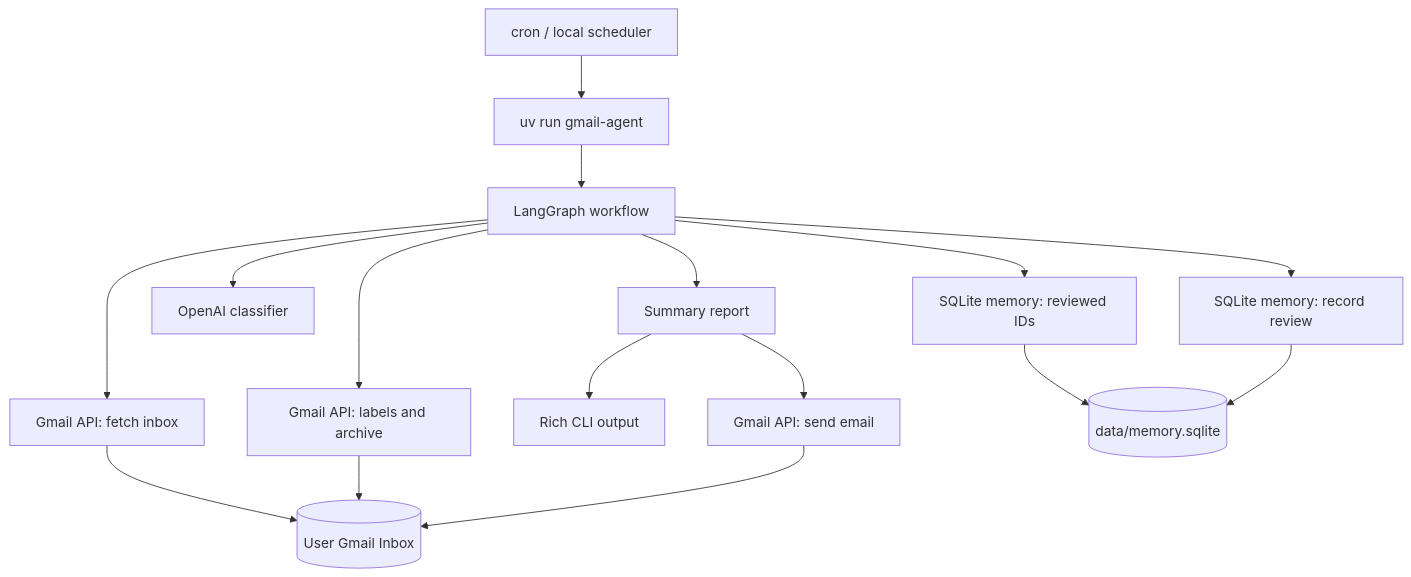
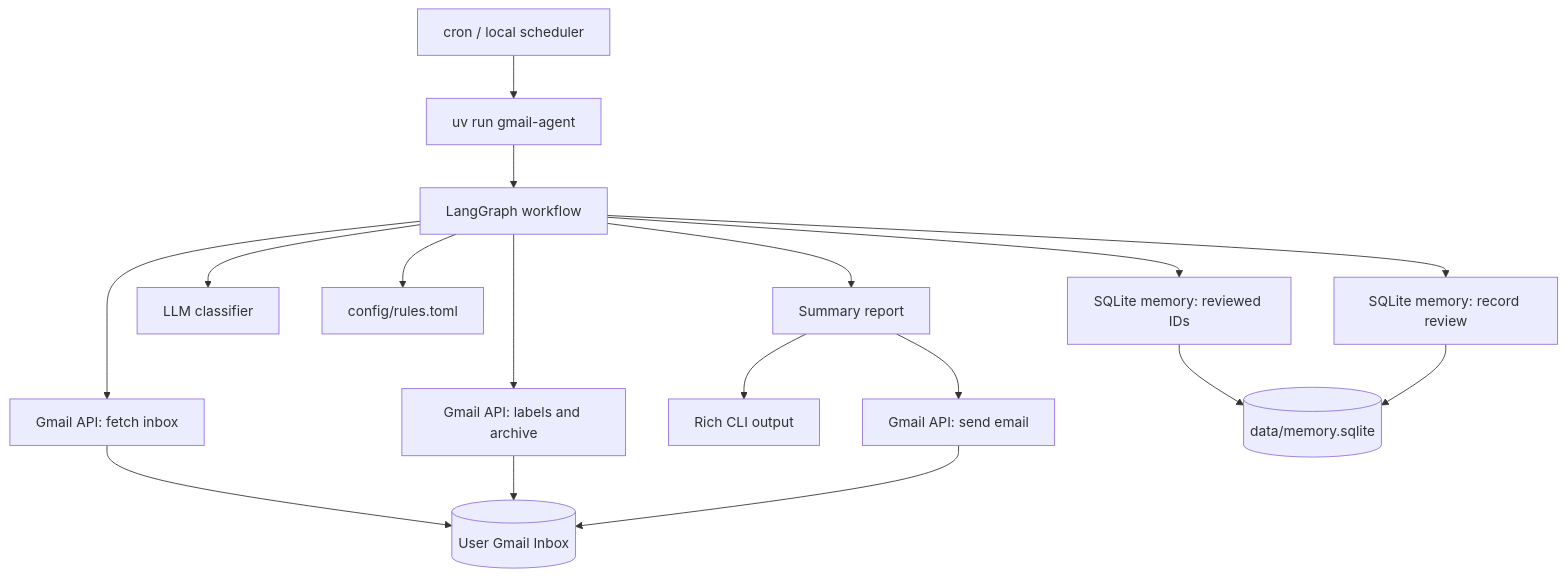
One commit to brandocomando/my_agentic_team changed the first of 5 diagrams in gmail-inbox-agent/docs/Architecture.md. Above: the diagram before and after it, drawn with Mermaid. The commit also changed other lines of this file and 23 other files, not shown here.

````diff
--- a/gmail-inbox-agent/docs/Architecture.md
+++ b/gmail-inbox-agent/docs/Architecture.md
@@ -9,19 +9,20 @@
 ```mermaid
 flowchart TD
     Cron["cron / local scheduler"] --> CLI["uv run gmail-agent"]
     CLI --> Graph["LangGraph workflow"]
     Graph --> GmailFetch["Gmail API: fetch inbox"]
     Graph --> MemoryRead["SQLite memory: reviewed IDs"]
-    Graph --> Classifier["OpenAI classifier"]
+    Graph --> Classifier["LLM classifier"]
+    Graph --> Rules["config/rules.toml"]
     Graph --> GmailActions["Gmail API: labels and archive"]
     Graph --> MemoryWrite["SQLite memory: record review"]
     Graph --> Summary["Summary report"]
     Summary --> Console["Rich CLI output"]
     Summary --> GmailSend["Gmail API: send email"]
 
     GmailFetch --> Inbox[("User Gmail Inbox")]
     GmailActions --> Inbox
     GmailSend --> Inbox
     MemoryRead --> DB[("data/memory.sqlite")]
     MemoryWrite --> DB
 ```
````
